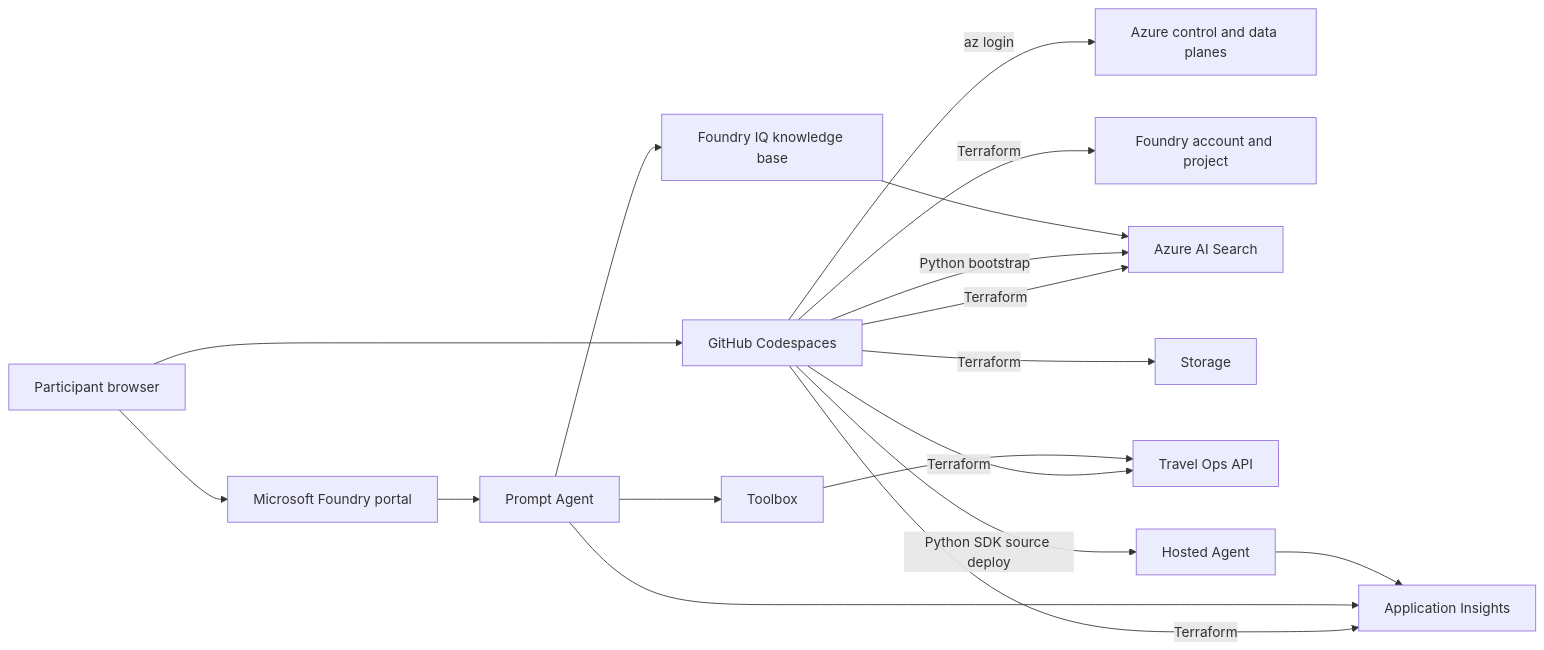
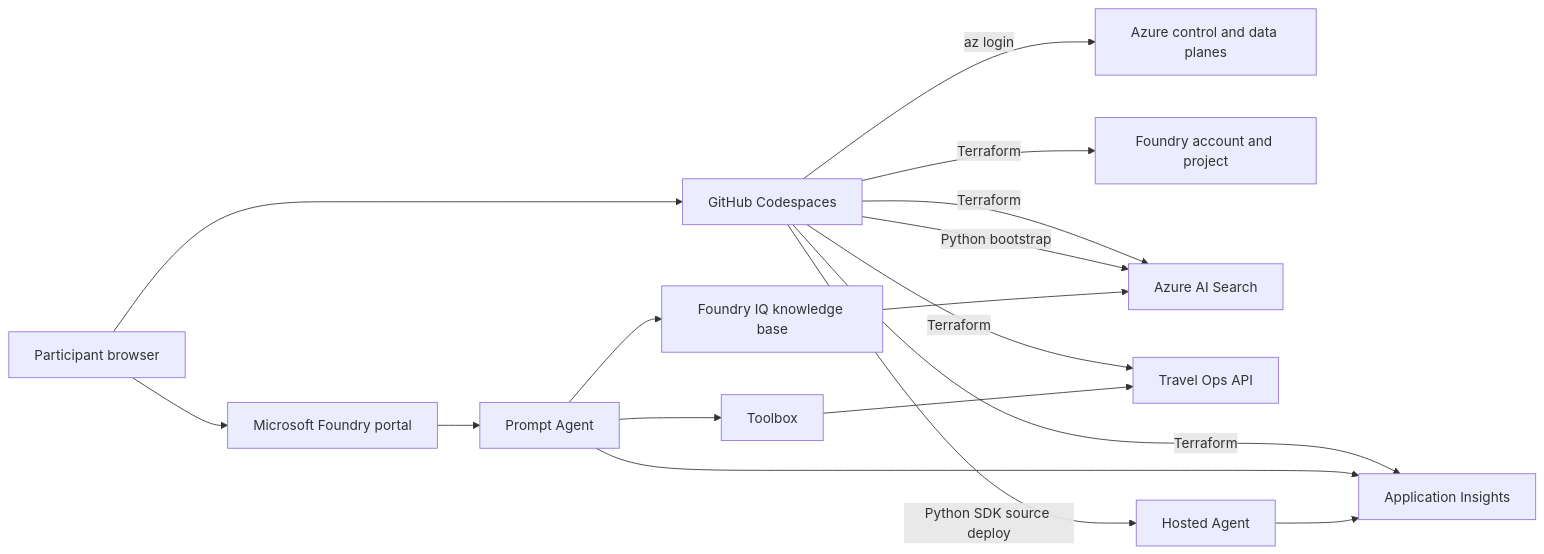
Before and after one commit to matayuuu/Microsoft-Foundry-Agent-Service-Handson: the diagram in docs/architecture.md, drawn with Mermaid. The commit also changed other lines of this file and 23 other files, not shown here.

````diff
--- a/docs/architecture.md
+++ b/docs/architecture.md
@@ -15,20 +15,19 @@
 ```mermaid
 flowchart LR
     browser[Participant browser] --> portal[Microsoft Foundry portal]
     browser --> codespace[GitHub Codespaces]
     codespace -->|az login| azure[Azure control and data planes]
     codespace -->|Terraform| foundry[Foundry account and project]
     codespace -->|Terraform| search[Azure AI Search]
-    codespace -->|Terraform| storage[Storage]
     codespace -->|Terraform| monitor[Application Insights]
     codespace -->|Terraform| api[Travel Ops API]
     codespace -->|Python bootstrap| search
     portal --> prompt[Prompt Agent]
     prompt --> iq[Foundry IQ knowledge base]
     iq --> search
     prompt --> toolbox[Toolbox]
     toolbox --> api
     codespace -->|Python SDK source deploy| hosted[Hosted Agent]
     prompt --> monitor
     hosted --> monitor
 ```
````
